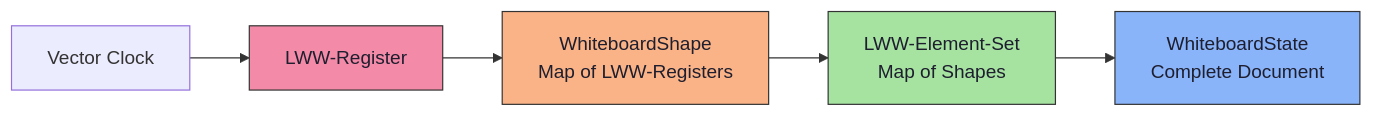
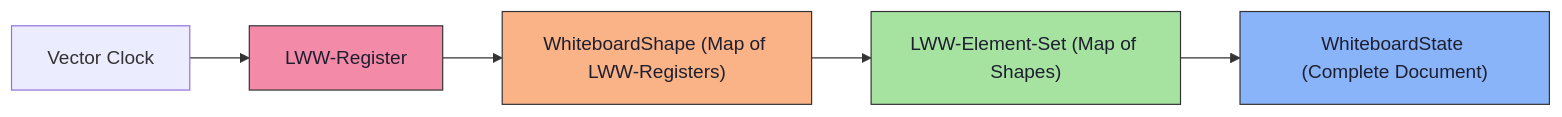
One commit to Preeti0705/Collab-Whiteboard changed the seventh of 7 diagrams in docs/lessons/lesson-01-intro-to-crdts.md. Above: the diagram before and after it, drawn with Mermaid. The commit also changed other lines of this file and 2 other files, not shown here.

Commit message:
Fix mermaid diagrams for GitHub rendering

````diff
--- a/docs/lessons/lesson-01-intro-to-crdts.md
+++ b/docs/lessons/lesson-01-intro-to-crdts.md
@@ -379,12 +379,12 @@
 ```mermaid
 graph LR
     VC[Vector Clock] --> LWW[LWW-Register]
-    LWW --> Shape[WhiteboardShape<br/>Map of LWW-Registers]
-    Shape --> SET[LWW-Element-Set<br/>Map of Shapes]
-    SET --> STATE[WhiteboardState<br/>Complete Document]
+    LWW --> Shape["WhiteboardShape (Map of LWW-Registers)"]
+    Shape --> SET["LWW-Element-Set (Map of Shapes)"]
+    SET --> STATE["WhiteboardState (Complete Document)"]
 
     style STATE fill:#89b4fa,stroke:#333,color:#1e1e2e
     style SET fill:#a6e3a1,stroke:#333,color:#1e1e2e
     style Shape fill:#fab387,stroke:#333,color:#1e1e2e
     style LWW fill:#f38ba8,stroke:#333,color:#1e1e2e
 ```
````
